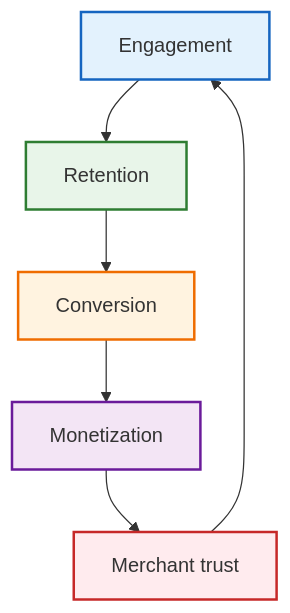
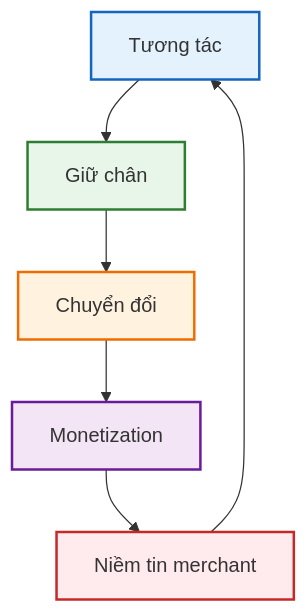
Before and after one commit to lamtquyen03/momo-product-engineering: the ninth of 11 diagrams in product-areas/sme-merchants-product-design.md, drawn with Mermaid. The commit also changed other lines of this file, not shown here.

Commit message:
[VIETSUB] Fully translate the SME merchant page content

````diff
--- a/product-areas/sme-merchants-product-design.md
+++ b/product-areas/sme-merchants-product-design.md
@@ -299,14 +299,14 @@
 ```mermaid
 flowchart TB
-    A["Engagement"] --> B["Retention"]
-    B --> C["Conversion"]
+    A["Tương tác"] --> B["Giữ chân"]
+    B --> C["Chuyển đổi"]
     C --> D["Monetization"]
-    D --> E["Merchant trust"]
+    D --> E["Niềm tin merchant"]
     E --> A
 
     style A fill:#E3F2FD,stroke:#1565C0,stroke-width:2px
     style B fill:#E8F5E9,stroke:#2E7D32,stroke-width:2px
     style C fill:#FFF3E0,stroke:#EF6C00,stroke-width:2px
     style D fill:#F3E5F5,stroke:#6A1B9A,stroke-width:2px
     style E fill:#FFEBEE,stroke:#C62828,stroke-width:2px
 ```
````
